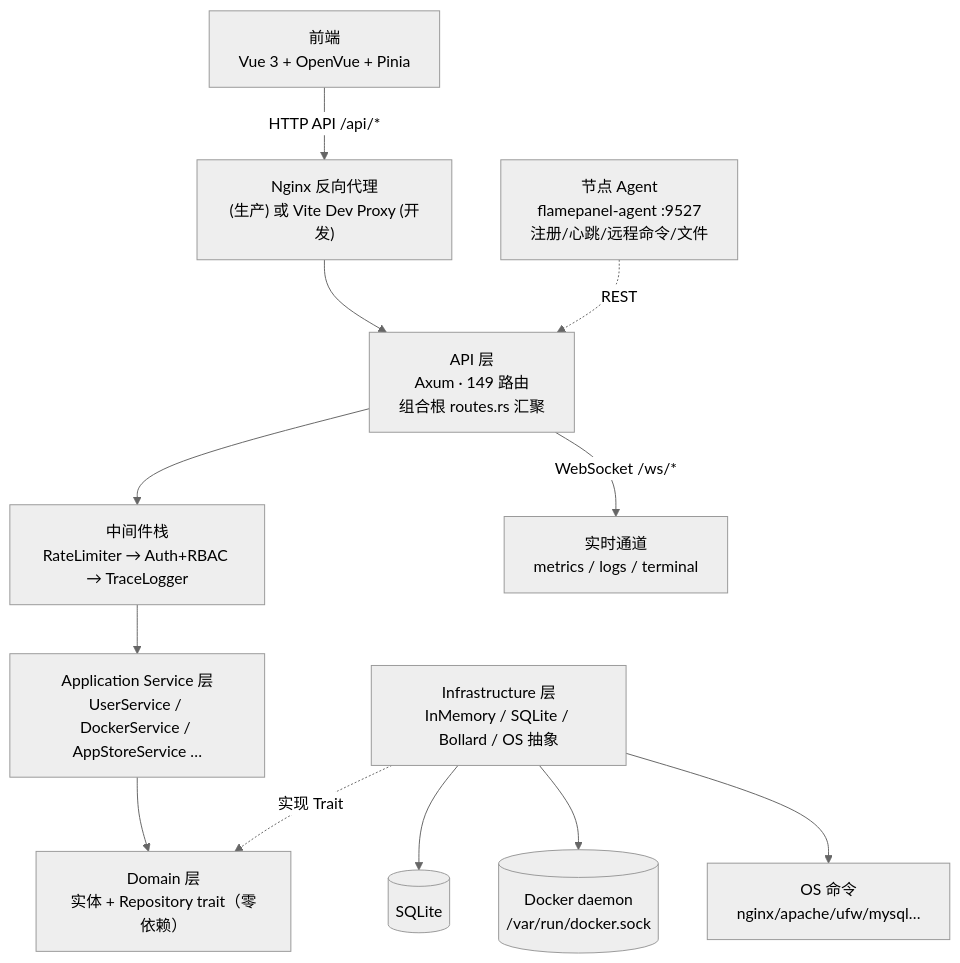
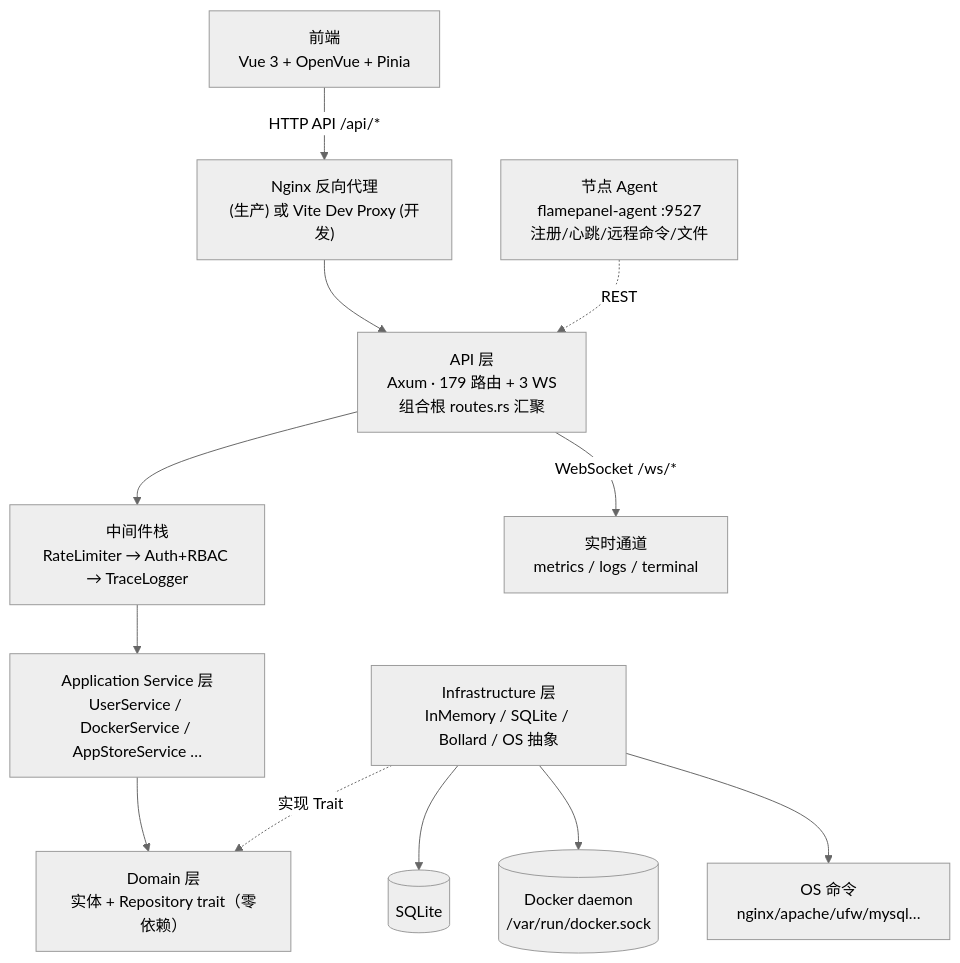
Before and after one commit to Forevery1021/Flamepanel: the first of 5 diagrams in Doc/01-架构设计.md, drawn with Mermaid (neutral theme). The commit also changed other lines of this file and 264 other files, not shown here.

````diff
--- a/Doc/01-架构设计.md
+++ b/Doc/01-架构设计.md
@@ -15,14 +15,14 @@
 ```mermaid
 flowchart TD
     FE["前端<br/>Vue 3 + OpenVue + Pinia"] -->|"HTTP API /api/*"| NG["Nginx 反向代理<br/>(生产) 或 Vite Dev Proxy (开发)"]
-    NG --> API["API 层<br/>Axum · 149 路由<br/>组合根 routes.rs 汇聚"]
+    NG --> API["API 层<br/>Axum · 179 路由 + 3 WS<br/>组合根 routes.rs 汇聚"]
     API --> MW["中间件栈<br/>RateLimiter → Auth+RBAC → TraceLogger"]
     MW --> APP["Application Service 层<br/>UserService / DockerService / AppStoreService …"]
     APP --> DOM["Domain 层<br/>实体 + Repository trait（零依赖）"]
     INF["Infrastructure 层<br/>InMemory / SQLite / Bollard / OS 抽象"] -. 实现 Trait .-> DOM
     INF --> SQLITE[(SQLite)]
     INF --> DOCKER[(Docker daemon<br/>/var/run/docker.sock)]
     INF --> OS["OS 命令<br/>nginx/apache/ufw/mysql…"]
     API -->|"WebSocket /ws/*"| WS["实时通道<br/>metrics / logs / terminal"]
     AGENT["节点 Agent<br/>flamepanel-agent :9527<br/>注册/心跳/远程命令/文件"] -.->|REST| API
 ```
````
